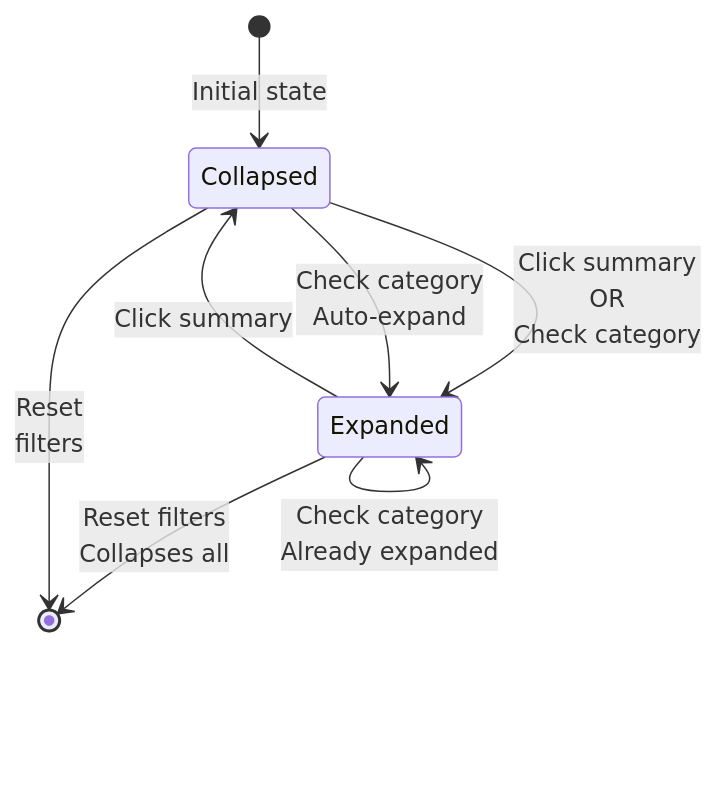
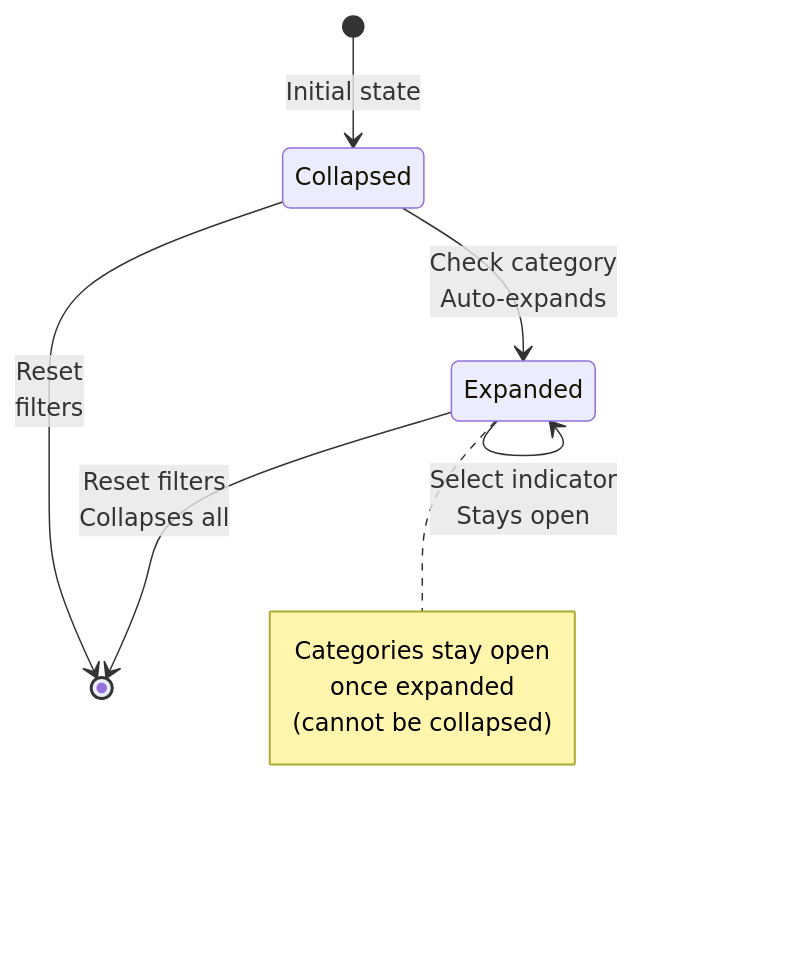
Before and after one commit to Public-Environmental-Data-Partners/j40-cejst-2: the second of 5 diagrams in client/src/components/LayerFilter/STATE_DIAGRAM.md, drawn with Mermaid. The commit also changed other lines of this file and 4 other files, not shown here.

````diff
--- a/client/src/components/LayerFilter/STATE_DIAGRAM.md
+++ b/client/src/components/LayerFilter/STATE_DIAGRAM.md
@@ -25,13 +21,17 @@
 ```mermaid
 stateDiagram-v2
     [*] --> Collapsed: Initial state
     
-    Collapsed --> Expanded: Click summary<br/>OR<br/>Check category
-    Expanded --> Collapsed: Click summary
-    
+    Collapsed --> Expanded: Check category<br/>Auto-expands
     Expanded --> Expanded: Check category<br/>Already expanded
-    Collapsed --> Expanded: Check category<br/>Auto-expand
+    Expanded --> Expanded: Select indicator<br/>Stays open
     
     Expanded --> [*]: Reset filters<br/>Collapses all
     Collapsed --> [*]: Reset<br/>filters
+    
+    note right of Expanded
+        Categories stay open
+        once expanded
+        (cannot be collapsed)
+    end note
 ```
````
